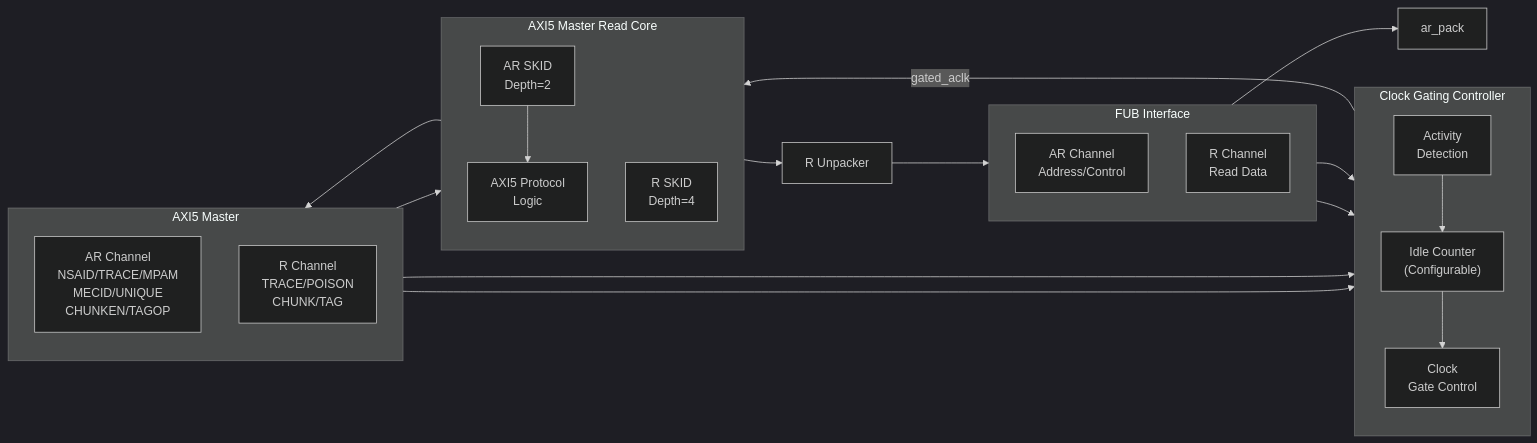
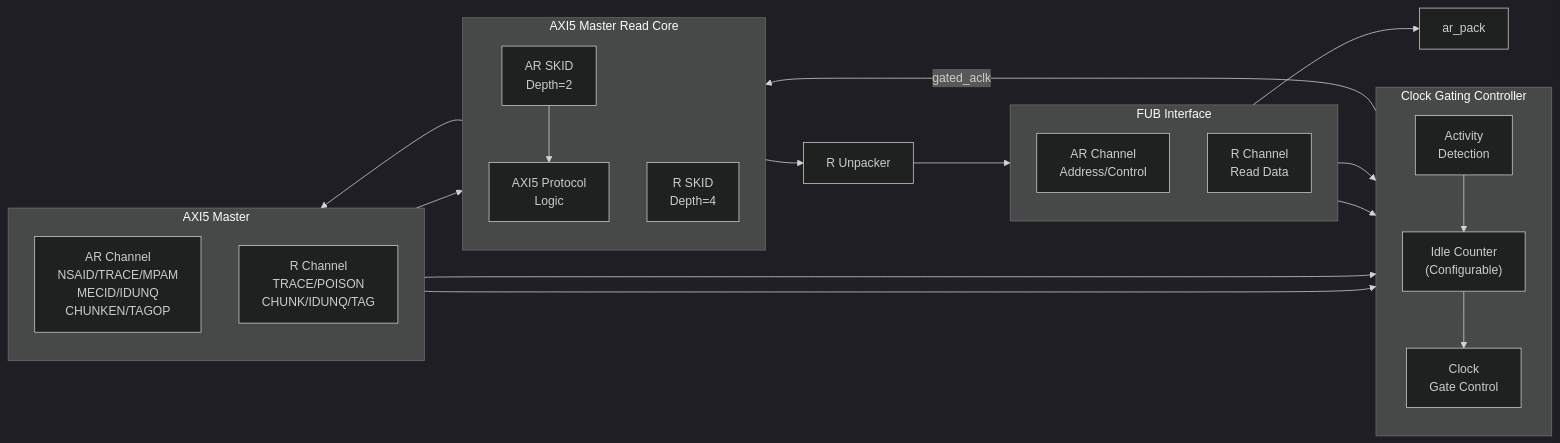
The diagram in docs/markdown/rtl-amba/axi5/axi5_master_rd_cg.md (sean-galloway/RTLDesignSherpa), drawn with Mermaid (dark theme) before and after one commit. The commit also changed other lines of this file and 526 other files, not shown here.

````diff
--- a/docs/markdown/rtl-amba/axi5/axi5_master_rd_cg.md
+++ b/docs/markdown/rtl-amba/axi5/axi5_master_rd_cg.md
@@ -192,45 +194,45 @@
 ```mermaid
 flowchart LR
     subgraph FUB["FUB Interface"]
         direction TB
         fub_ar["AR Channel<br/>Address/Control"]
         fub_r["R Channel<br/>Read Data"]
     end
 
     subgraph CG["Clock Gating Controller"]
         direction TB
         activity["Activity<br/>Detection"]
         idle_cnt["Idle Counter<br/>(Configurable)"]
         gate_ctrl["Clock<br/>Gate Control"]
     end
 
     subgraph CORE["AXI5 Master Read Core"]
         direction TB
         ar_skid["AR SKID<br/>Depth=2"]
         r_skid["R SKID<br/>Depth=4"]
         axi5_core["AXI5 Protocol<br/>Logic"]
     end
 
     subgraph AXI["AXI5 Master"]
         direction TB
-        m_ar["AR Channel<br/>NSAID/TRACE/MPAM<br/>MECID/UNIQUE<br/>CHUNKEN/TAGOP"]
-        m_r["R Channel<br/>TRACE/POISON<br/>CHUNK/TAG"]
+        m_ar["AR Channel<br/>NSAID/TRACE/MPAM<br/>MECID/IDUNQ<br/>CHUNKEN/TAGOP"]
+        m_r["R Channel<br/>TRACE/POISON<br/>CHUNK/IDUNQ/TAG"]
     end
 
     fub_ar --> activity
     fub_r --> activity
     m_ar --> activity
     m_r --> activity
 
     activity --> idle_cnt
     idle_cnt --> gate_ctrl
     gate_ctrl -->|gated_aclk| axi5_core
 
     fub_ar --> ar_pack
     ar_skid --> axi5_core
     axi5_core --> m_ar
 
     m_r --> r_skid
     r_skid --> r_unpack["R Unpacker"]
     r_unpack --> fub_r
 ```
````
